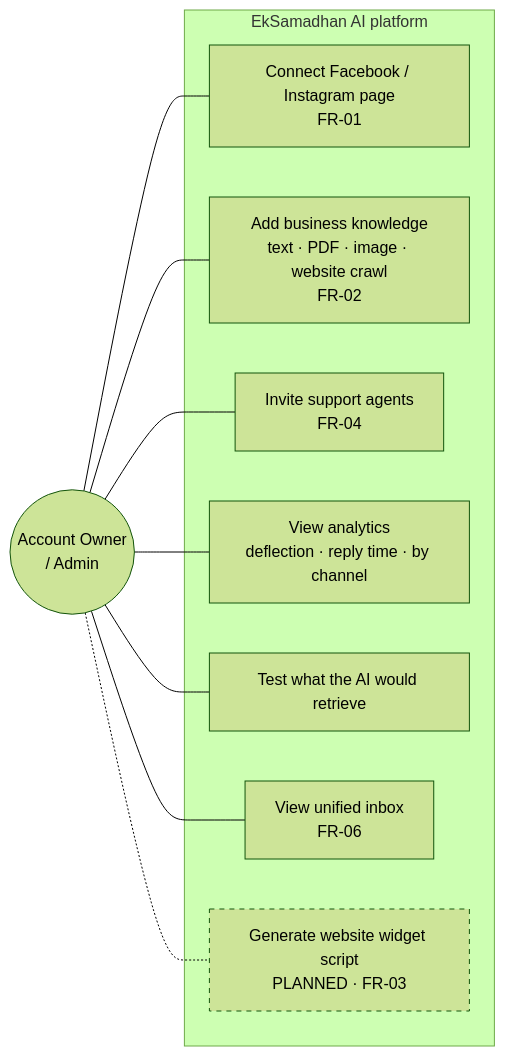
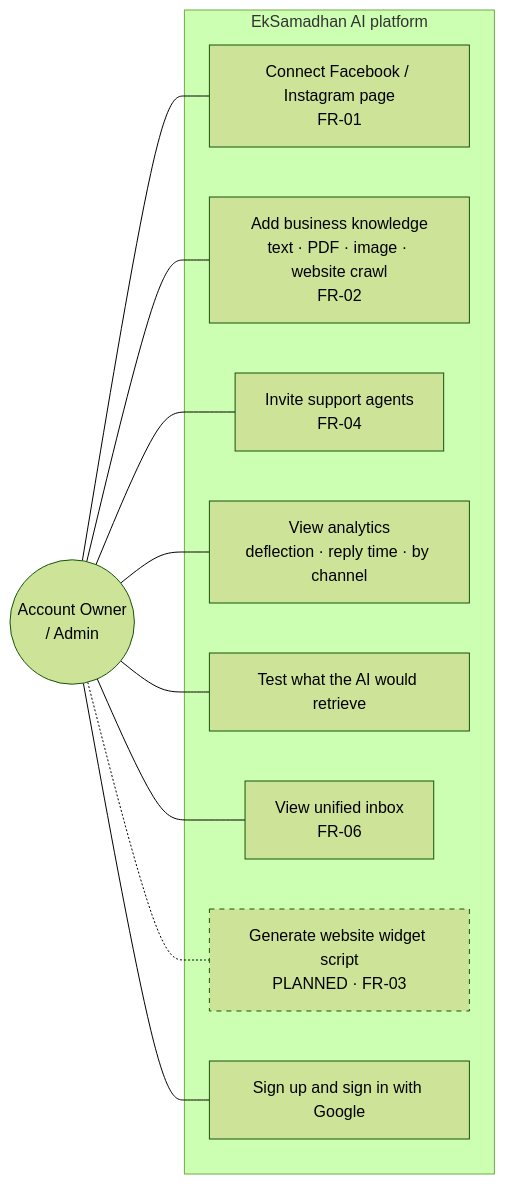
Before and after one commit to SayubShakya/eksamadhan-ai: the first of 5 diagrams in docs/system-design/new-system-design/use-case/README.md, drawn with Mermaid (forest theme). The commit also changed other lines of this file and 48 other files, not shown here.

Commit message:
feat: sign in with Google through Firebase Authentication

````diff
--- a/docs/system-design/new-system-design/use-case/README.md
+++ b/docs/system-design/new-system-design/use-case/README.md
@@ -21,21 +21,23 @@
 ```mermaid
 flowchart LR
     owner(("Account Owner<br/>/ Admin"))
     subgraph s1["EkSamadhan AI platform"]
         a1["Connect Facebook / Instagram page<br/>FR-01"]
         a2["Add business knowledge<br/>text · PDF · image · website crawl<br/>FR-02"]
         a3["Invite support agents<br/>FR-04"]
         a4["View analytics<br/>deflection · reply time · by channel"]
         a5["Test what the AI would retrieve"]
         a6["View unified inbox<br/>FR-06"]
         a7["Generate website widget script<br/>PLANNED · FR-03"]
+        a8["Sign up and sign in with Google"]
     end
     owner --- a1
     owner --- a2
     owner --- a3
     owner --- a4
     owner --- a5
     owner --- a6
+    owner --- a8
     owner -.- a7
     style a7 stroke-dasharray: 5 5
 ```
````
